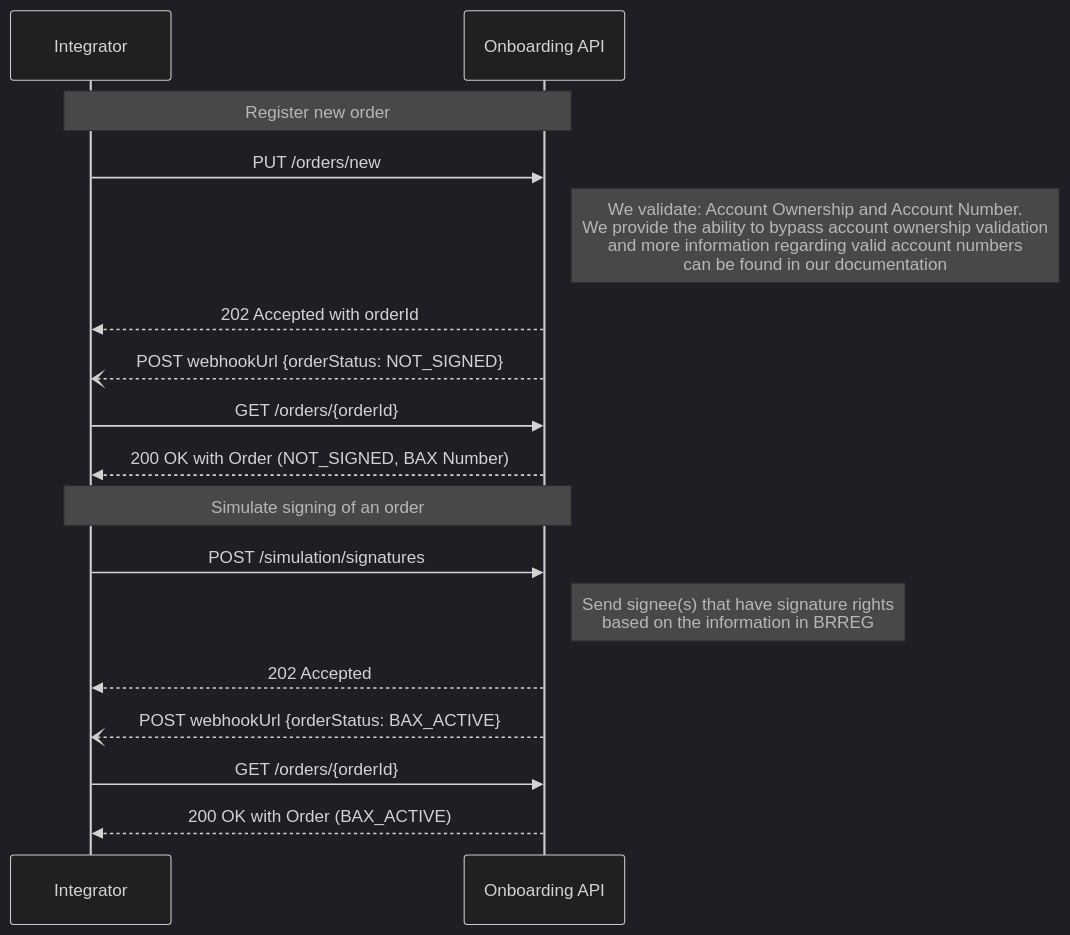
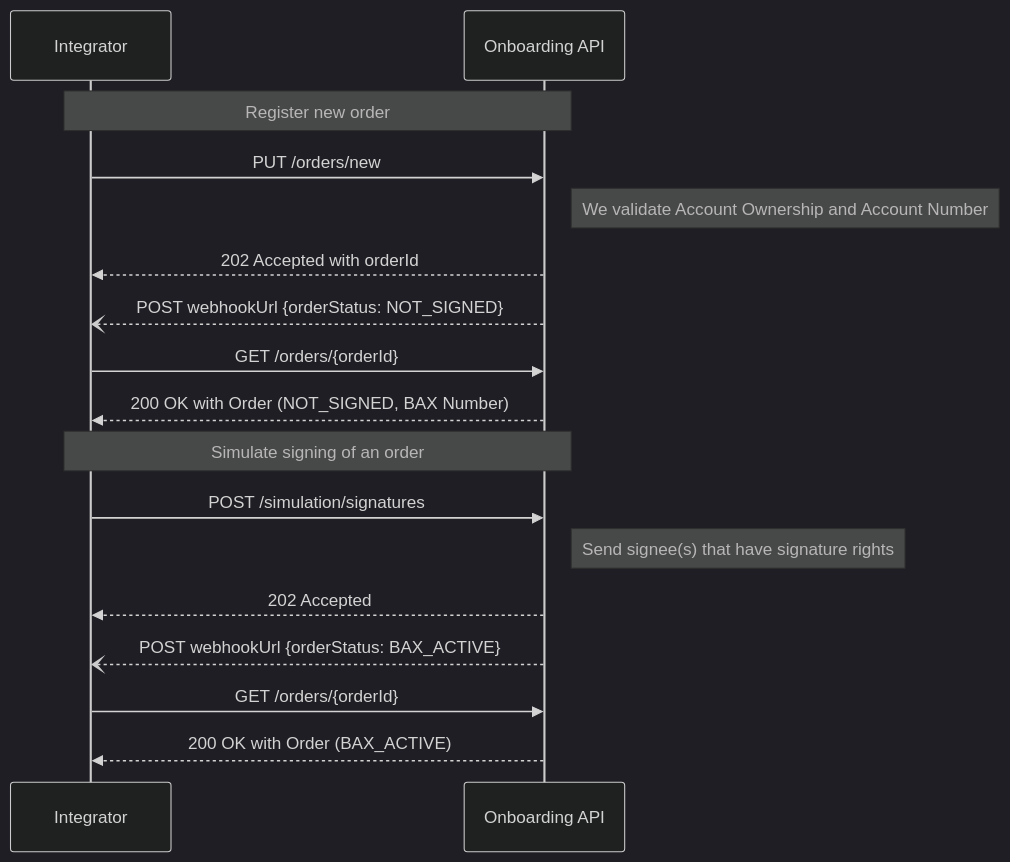
One commit to BankAxept/bankaxept-onboarding-external-documentation changed the first of 3 diagrams in docs/test_flows.md. Above: the diagram before and after it, drawn with Mermaid (dark theme). The commit also changed other lines of this file, not shown here.

First line of the commit message:
Link test_flows.md to Test Data instead of vague BRREG notes (#56) (#66)

````diff
--- a/docs/test_flows.md
+++ b/docs/test_flows.md
@@ -10,23 +11,23 @@
 ```mermaid
 sequenceDiagram
 participant I as Integrator
 participant O as Onboarding API
 
 note over I, O: Register new order
 I ->> O: PUT /orders/new
-note right of O: We validate: Account Ownership and Account Number. <br/> We provide the ability to bypass account ownership validation <br/> and more information regarding valid account numbers <br/> can be found in our documentation
+note right of O: We validate Account Ownership and Account Number
 O -->> I: 202 Accepted with orderId
 
 O --) I: POST webhookUrl {orderStatus: NOT_SIGNED}
 I ->> O : GET /orders/{orderId}
 O -->> I: 200 OK with Order (NOT_SIGNED, BAX Number)
 
 note over I, O: Simulate signing of an order
 I ->> O: POST /simulation/signatures
-note right of O: Send signee(s) that have signature rights <br/> based on the information in BRREG
+note right of O: Send signee(s) that have signature rights
 O -->> I: 202 Accepted
 
 O --) I: POST webhookUrl {orderStatus: BAX_ACTIVE}
 I ->> O : GET /orders/{orderId}
 O -->> I: 200 OK with Order (BAX_ACTIVE)
 ```
````
